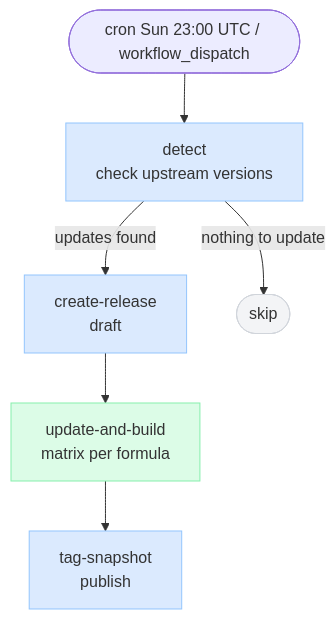
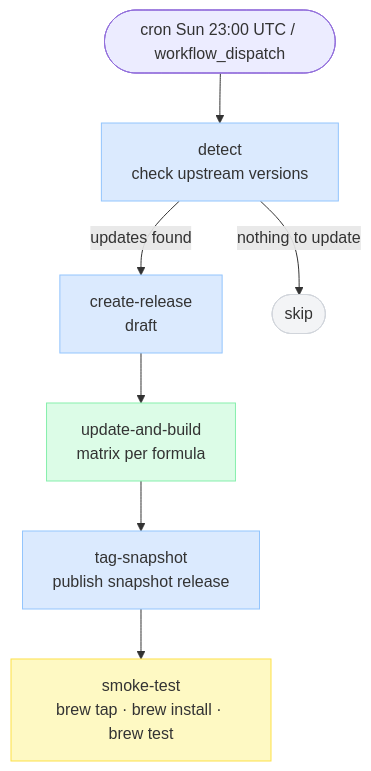
Before and after one commit to patrick204nqh/homebrew-tap: the third of 4 diagrams in docs/architecture/diagrams/ci-pipelines.md, drawn with Mermaid. The commit also changed other lines of this file and 2 other files, not shown here.

Commit message:
feat: add post-release smoke test to verify bottle install path
Both build-bottles and sync-formulas now run a smoke-test job after the
snapshot release is published. It taps the repo fresh (brew tap), then
runs brew install (no --build-bottle) + brew test — the exact same path
a real user takes. This catches broken root_url, wrong sha256 in the
bottle block, or failed uploads that the source-build CI jobs miss.

````diff
--- a/docs/architecture/diagrams/ci-pipelines.md
+++ b/docs/architecture/diagrams/ci-pipelines.md
@@ -49,22 +52,25 @@
 ```mermaid
 flowchart TD
     T([cron Sun 23:00 UTC / workflow_dispatch])
 
     DETECT[detect\ncheck upstream versions]
     CREATE[create-release\ndraft]
     BUILD[update-and-build\nmatrix per formula]
-    TAG[tag-snapshot\npublish]
+    TAG[tag-snapshot\npublish snapshot release]
+    SMOKE[smoke-test\nbrew tap · brew install · brew test]
     SKIP([skip])
 
     T --> DETECT
     DETECT -->|updates found| CREATE
     DETECT -->|nothing to update| SKIP
     CREATE --> BUILD
     BUILD --> TAG
+    TAG --> SMOKE
 
     style DETECT fill:#dbeafe,stroke:#93c5fd
     style CREATE fill:#dbeafe,stroke:#93c5fd
     style BUILD  fill:#dcfce7,stroke:#86efac
     style TAG    fill:#dbeafe,stroke:#93c5fd
+    style SMOKE  fill:#fef9c3,stroke:#fde047
     style SKIP   fill:#f3f4f6,stroke:#d1d5db
 ```
````
